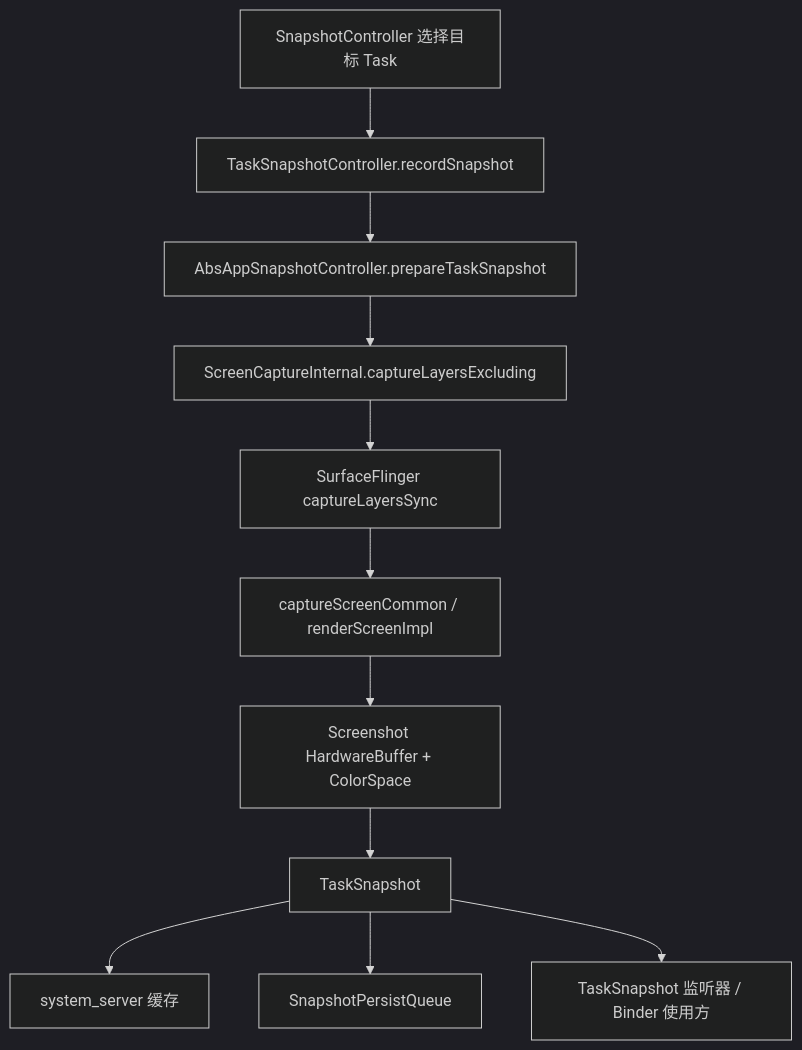
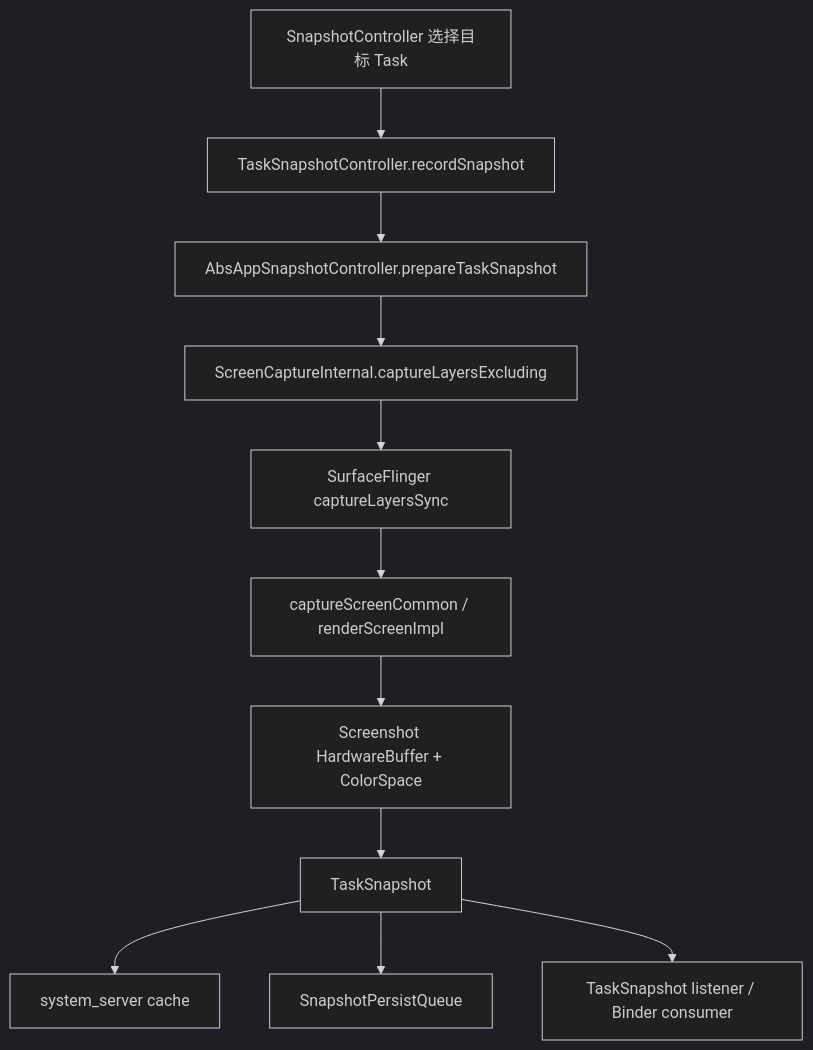
The first of 2 diagrams in src/part1-fundamentals/ch02-rendering/29-tasksnapshot-recents-rendering.md (Gracker/android-internals-wiki), drawn with Mermaid (dark theme) before and after one commit. The commit also changed other lines of this file and 4 other files, not shown here.

````diff
--- a/src/part1-fundamentals/ch02-rendering/29-tasksnapshot-recents-rendering.md
+++ b/src/part1-fundamentals/ch02-rendering/29-tasksnapshot-recents-rendering.md
@@ -144,13 +144,13 @@
 ```mermaid
 flowchart TD
     A["SnapshotController 选择目标 Task"] --> B["TaskSnapshotController.recordSnapshot"]
     B --> C["AbsAppSnapshotController.prepareTaskSnapshot"]
     C --> D["ScreenCaptureInternal.captureLayersExcluding"]
     D --> E["SurfaceFlinger captureLayersSync"]
     E --> F["captureScreenCommon / renderScreenImpl"]
     F --> G["Screenshot HardwareBuffer + ColorSpace"]
     G --> H["TaskSnapshot"]
-    H --> I["system_server 缓存"]
+    H --> I["system_server cache"]
     H --> J["SnapshotPersistQueue"]
-    H --> K["TaskSnapshot 监听器 / Binder 使用方"]
+    H --> K["TaskSnapshot listener / Binder consumer"]
 ```
````
